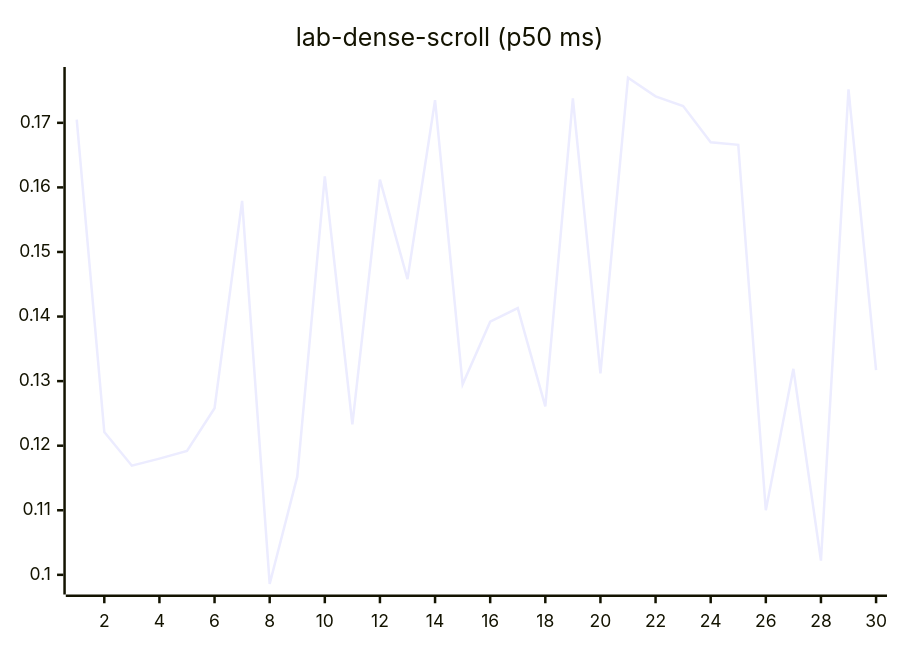
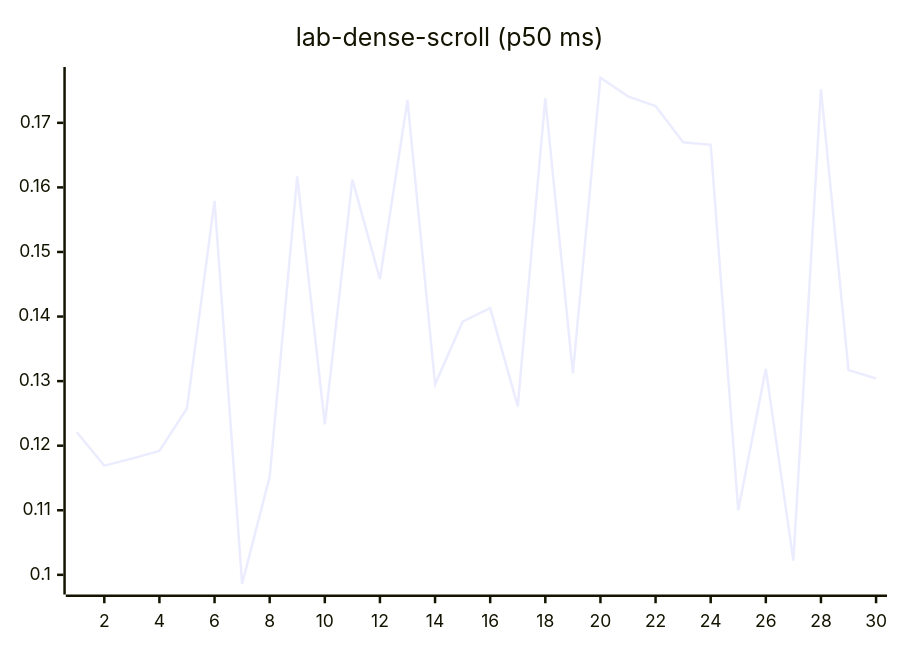
Diagram 12 of 27 in README.md (josha/Facet), drawn with Mermaid before and after one commit. The commit also changed other lines of this file and 2 other files, not shown here.

````diff
--- a/README.md
+++ b/README.md
@@ -140,6 +140,6 @@
 ```mermaid
 xychart-beta
     title "lab-dense-scroll (p50 ms)"
     x-axis 1 --> 30
-    line [0.1705, 0.1221, 0.1169, 0.1180, 0.1192, 0.1258, 0.1579, 0.0986, 0.1152, 0.1617, 0.1233, 0.1612, 0.1458, 0.1735, 0.1295, 0.1392, 0.1413, 0.1261, 0.1738, 0.1312, 0.1770, 0.1741, 0.1726, 0.1670, 0.1666, 0.1100, 0.1319, 0.1022, 0.1752, 0.1317]
+    line [0.1221, 0.1169, 0.1180, 0.1192, 0.1258, 0.1579, 0.0986, 0.1152, 0.1617, 0.1233, 0.1612, 0.1458, 0.1735, 0.1295, 0.1392, 0.1413, 0.1261, 0.1738, 0.1312, 0.1770, 0.1741, 0.1726, 0.1670, 0.1666, 0.1100, 0.1319, 0.1022, 0.1752, 0.1317, 0.1304]
 ```
````
